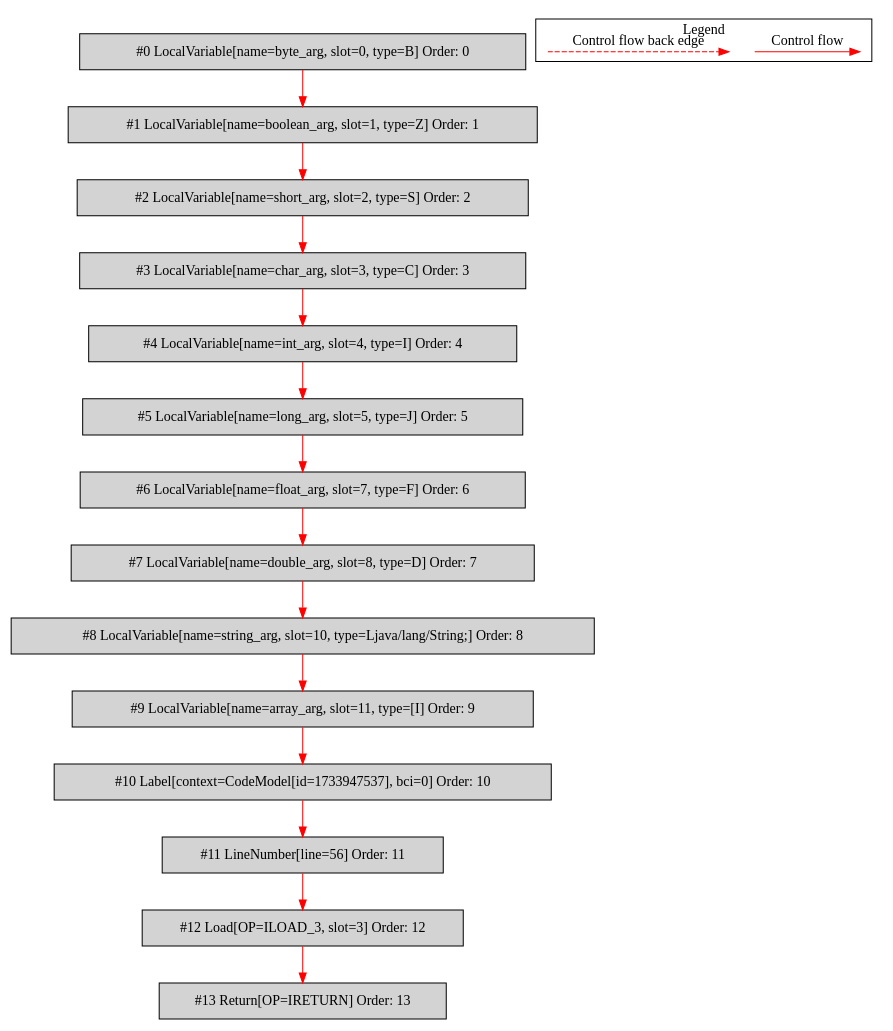
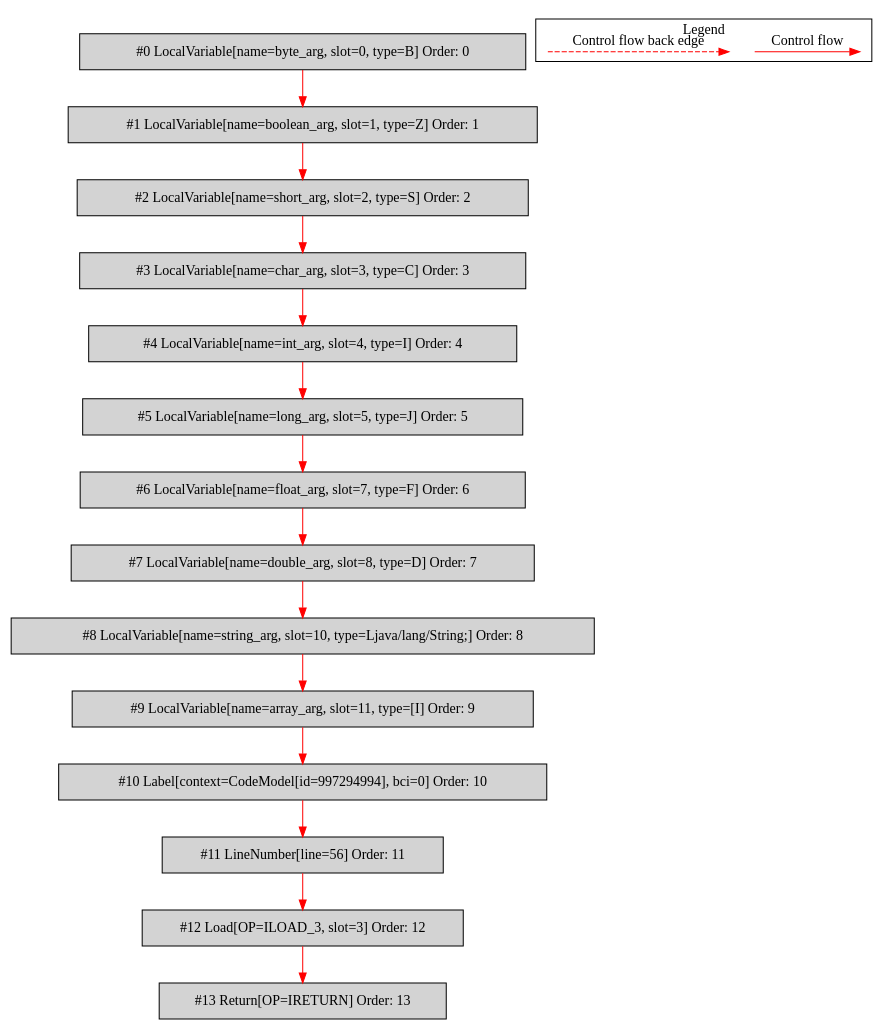
Before and after one commit to mirkosertic/MetaIR: the diagram in de.mirkosertic.metair.ir.examples.MethodInvokeTest/simple_method_return_char/bytecodecfg.dot, drawn with Graphviz. The commit also changed 476 other files, not shown here.

```diff
--- a/de.mirkosertic.metair.ir.examples.MethodInvokeTest/simple_method_return_char/bytecodecfg.dot
+++ b/de.mirkosertic.metair.ir.examples.MethodInvokeTest/simple_method_return_char/bytecodecfg.dot
@@ -1,44 +1,44 @@
 digraph {
  ordering="in";
  node0[label="#0 LocalVariable[name=byte_arg, slot=0, type=B] Order: 0", shape=box, fillcolor=lightgrey, style=filled];
  node1[label="#1 LocalVariable[name=boolean_arg, slot=1, type=Z] Order: 1", shape=box, fillcolor=lightgrey, style=filled];
  node2[label="#2 LocalVariable[name=short_arg, slot=2, type=S] Order: 2", shape=box, fillcolor=lightgrey, style=filled];
  node3[label="#3 LocalVariable[name=char_arg, slot=3, type=C] Order: 3", shape=box, fillcolor=lightgrey, style=filled];
  node4[label="#4 LocalVariable[name=int_arg, slot=4, type=I] Order: 4", shape=box, fillcolor=lightgrey, style=filled];
  node5[label="#5 LocalVariable[name=long_arg, slot=5, type=J] Order: 5", shape=box, fillcolor=lightgrey, style=filled];
  node6[label="#6 LocalVariable[name=float_arg, slot=7, type=F] Order: 6", shape=box, fillcolor=lightgrey, style=filled];
  node7[label="#7 LocalVariable[name=double_arg, slot=8, type=D] Order: 7", shape=box, fillcolor=lightgrey, style=filled];
  node8[label="#8 LocalVariable[name=string_arg, slot=10, type=Ljava/lang/String;] Order: 8", shape=box, fillcolor=lightgrey, style=filled];
  node9[label="#9 LocalVariable[name=array_arg, slot=11, type=[I] Order: 9", shape=box, fillcolor=lightgrey, style=filled];
- node10[label="#10 Label[context=CodeModel[id=1733947537], bci=0] Order: 10", shape=box, fillcolor=lightgrey, style=filled];
+ node10[label="#10 Label[context=CodeModel[id=997294994], bci=0] Order: 10", shape=box, fillcolor=lightgrey, style=filled];
  node11[label="#11 LineNumber[line=56] Order: 11", shape=box, fillcolor=lightgrey, style=filled];
  node12[label="#12 Load[OP=ILOAD_3, slot=3] Order: 12", shape=box, fillcolor=lightgrey, style=filled];
  node13[label="#13 Return[OP=IRETURN] Order: 13", shape=box, fillcolor=lightgrey, style=filled];
  node0 -> node1[color=red];
  node1 -> node2[color=red];
  node2 -> node3[color=red];
  node3 -> node4[color=red];
  node4 -> node5[color=red];
  node5 -> node6[color=red];
  node6 -> node7[color=red];
  node7 -> node8[color=red];
  node8 -> node9[color=red];
  node9 -> node10[color=red];
  node10 -> node11[color=red];
  node11 -> node12[color=red];
  node12 -> node13[color=red];
  subgraph cluster_000 {
   label = "Legend";
   node [shape=point]
   {
    rank=same;
    c0 [style = invis];
    c1 [style = invis];
    c2 [style = invis];
    c3 [style = invis];
   }
   c0 -> c1 [label="Control flow", style=solid, color=red]
   c2 -> c3 [label="Control flow back edge", style=dashed, color=red]
  }
 
 }
```
